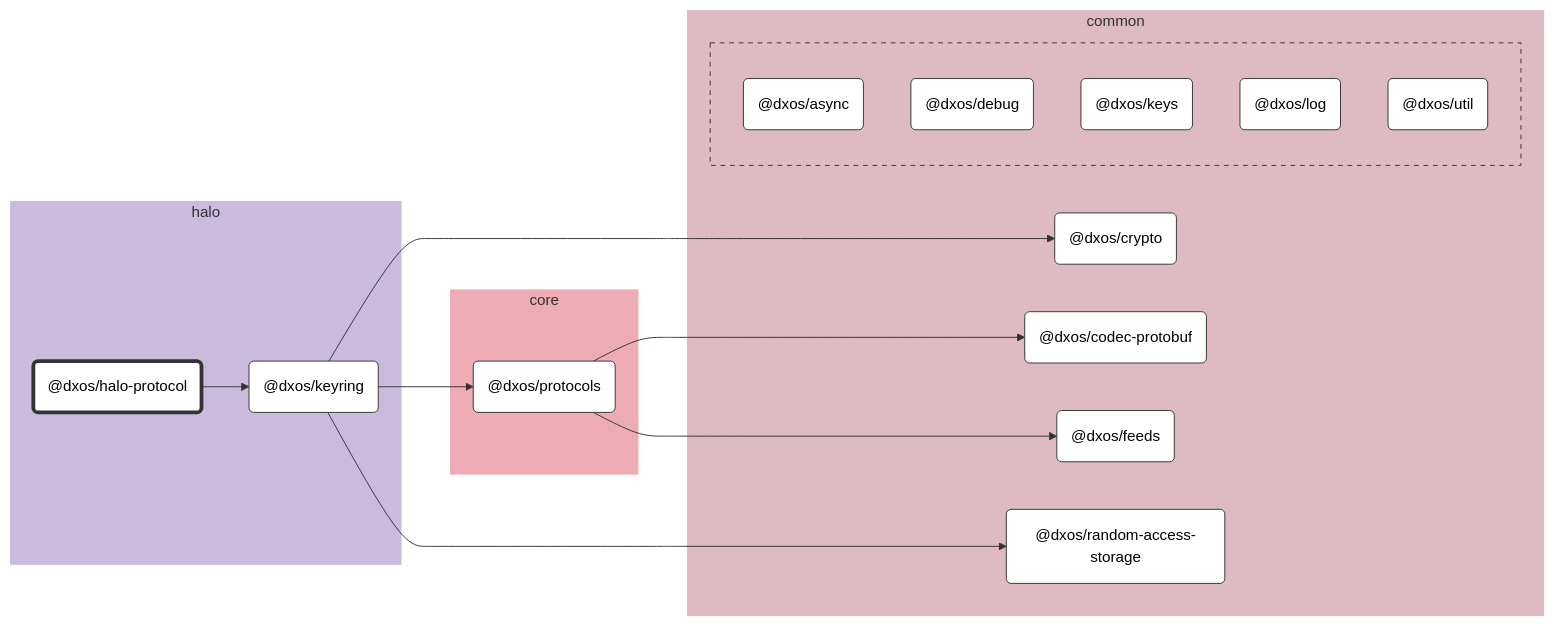
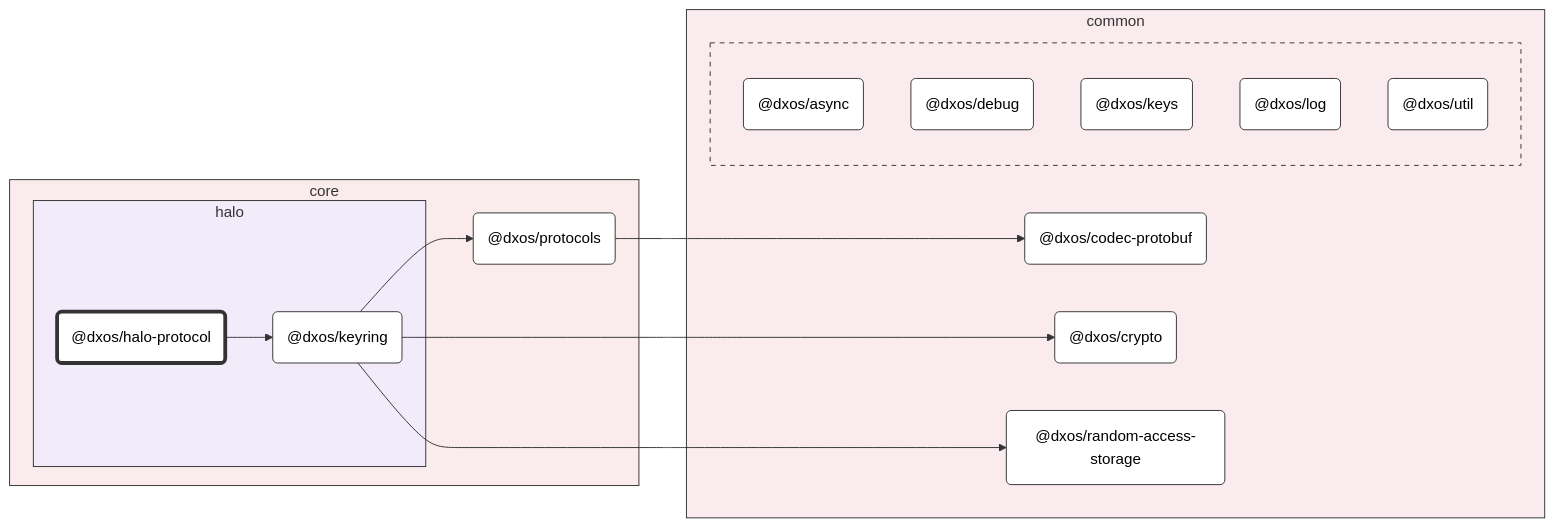
One commit to dxos/dxos changed the diagram in packages/core/halo/halo-protocol/docs/README.md. Above: the diagram before and after it, drawn with Mermaid (forest theme). The commit also changed other lines of this file and 93 other files, not shown here.

First line of the commit message:
chore: hierarchical graphs. (#1583)

````diff
--- a/packages/core/halo/halo-protocol/docs/README.md
+++ b/packages/core/halo/halo-protocol/docs/README.md
@@ -7,60 +7,57 @@
 ```mermaid
 %%{ init: {'flowchart':{'curve':'basis'}} }%%
 
 flowchart LR
 
 %% Classes
 classDef def fill:#fff,stroke:#333,stroke-width:1px
 classDef root fill:#fff,stroke:#333,stroke-width:4px
 
 %% Nodes
 
-subgraph halo [halo]
-  style halo fill:#cabade,stroke:#fff
-  dxos/halo-protocol("@dxos/halo-protocol"):::root
-  click dxos/halo-protocol "dxos/dxos/tree/main/packages/core/halo/halo-protocol/docs"
-  dxos/keyring("@dxos/keyring"):::def
-  click dxos/keyring "dxos/dxos/tree/main/packages/core/halo/keyring/docs"
+subgraph core [core]
+  style core fill:#faebec,stroke:#333
+  dxos/protocols("@dxos/protocols"):::def
+  click dxos/protocols "dxos/dxos/tree/main/packages/core/protocols/docs"
+
+  subgraph halo [halo]
+    style halo fill:#f1ebfa,stroke:#333
+    dxos/halo-protocol("@dxos/halo-protocol"):::root
+    click dxos/halo-protocol "dxos/dxos/tree/main/packages/core/halo/halo-protocol/docs"
+    dxos/keyring("@dxos/keyring"):::def
+    click dxos/keyring "dxos/dxos/tree/main/packages/core/halo/keyring/docs"
+  end
 end
 
 subgraph common [common]
-  style common fill:#debac2,stroke:#fff
+  style common fill:#faebee,stroke:#333
   dxos/codec-protobuf("@dxos/codec-protobuf"):::def
   click dxos/codec-protobuf "dxos/dxos/tree/main/packages/common/codec-protobuf/docs"
   dxos/crypto("@dxos/crypto"):::def
   click dxos/crypto "dxos/dxos/tree/main/packages/common/crypto/docs"
-  dxos/feeds("@dxos/feeds"):::def
-  click dxos/feeds "dxos/dxos/tree/main/packages/common/feeds/docs"
   dxos/random-access-storage("@dxos/random-access-storage"):::def
   click dxos/random-access-storage "dxos/dxos/tree/main/packages/common/random-access-storage/docs"
 
-  subgraph common-excluded [ ]
-    style common-excluded fill:#debac2,stroke:#333,stroke-dasharray:5 5
+  subgraph _ [ ]
+    style _ fill:#faebee,stroke:#333,stroke-dasharray:5 5
     dxos/async("@dxos/async"):::def
     click dxos/async "dxos/dxos/tree/main/packages/common/async/docs"
     dxos/debug("@dxos/debug"):::def
     click dxos/debug "dxos/dxos/tree/main/packages/common/debug/docs"
     dxos/keys("@dxos/keys"):::def
     click dxos/keys "dxos/dxos/tree/main/packages/common/keys/docs"
     dxos/log("@dxos/log"):::def
     click dxos/log "dxos/dxos/tree/main/packages/common/log/docs"
     dxos/util("@dxos/util"):::def
     click dxos/util "dxos/dxos/tree/main/packages/common/util/docs"
   end
 end
 
-subgraph core [core]
-  style core fill:#edabb3,stroke:#fff
-  dxos/protocols("@dxos/protocols"):::def
-  click dxos/protocols "dxos/dxos/tree/main/packages/core/protocols/docs"
-end
-
 %% Links
 linkStyle default stroke:#333,stroke-width:1px
 dxos/halo-protocol --> dxos/keyring
 dxos/keyring --> dxos/crypto
 dxos/keyring --> dxos/protocols
 dxos/protocols --> dxos/codec-protobuf
-dxos/protocols --> dxos/feeds
 dxos/keyring --> dxos/random-access-storage
 ```
````
